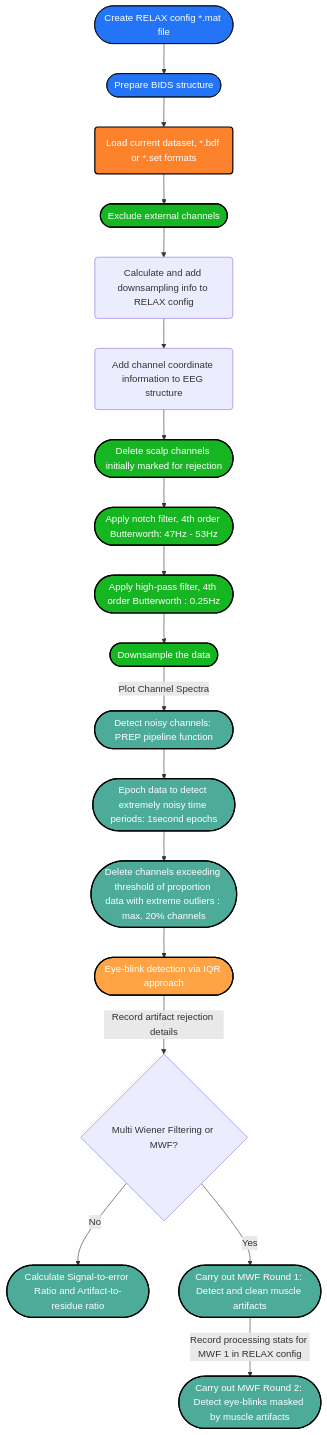
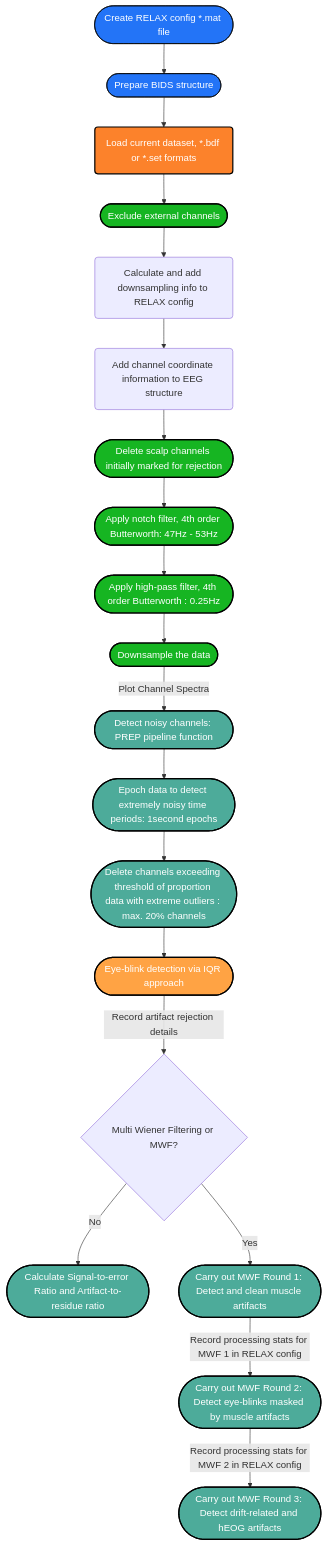
One commit to deebeebolger/Project_CeLaVie changed the diagram in Pipeline_Datafow_Chart.md. Above: the diagram before and after it, drawn with Mermaid.

````diff
--- a/Pipeline_Datafow_Chart.md
+++ b/Pipeline_Datafow_Chart.md
@@ -3,46 +3,47 @@
 ```mermaid
 flowchart TD
 %% Colors %%
 
 classDef blue fill:#2374f7, stroke:#000, stroke-width: px, color:#fff
 classDef orange fill:#fc822b,stroke:#000,stroke-width:2px,color:#fff
 classDef green fill:#16b522,stroke:#000,stroke-width:2px,color:#fff
 classDef mintgreen fill:#4DAB9A,stroke:#000,stroke-width:2px,color:#fff
 classDef mandarine fill:#FFA344,stroke:#000,stroke-width:2px,color:#fff
 classDef aubergine fill:#9A6DD7,stroke:#000,stroke-width:2px,color:#fff
 classDef red fill:#D44C47,stroke:#000,stroke-width:2px,color:#fff
 classDef grey fill:#979A9B,stroke:#000,stroke-width:2px,color:#fff
 
 
 Config([Create RELAX config *.mat file]):::blue -->
 BIDS([Prepare BIDS structure]):::blue
 click Config "https://github.com/deebeebolger/Project_CeLaVie/blob/main/DataflowChart_pages/Create_RELAX_conf_file.md" "Link"
 click BIDS "https://github.com/deebeebolger/Project_CeLaVie/blob/main/DataflowChart_pages/BIDS_structure.md" "Link"
 BIDS --> Ld(Load current dataset, *.bdf or *.set formats):::orange
 --> EXRej([Exclude external channels]):::green
 click EXRej "https://github.com/deebeebolger/Project_CeLaVie/blob/main/DataflowChart_pages/Exclude_external_chans.md" _blank
 EXRej --> AddRS(Calculate and add downsampling info to RELAX config)
 click AddRS "https://github.com/deebeebolger/Project_CeLaVie/blob/main/DataflowChart_pages/Downsampling.md" "Link"
 AddRS --> AddChan(Add channel coordinate information to EEG structure)
 click AddChan "https://github.com/deebeebolger/Project_CeLaVie/blob/main/DataflowChart_pages/Add_Channels_coordinates.md" "Link"
 AddChan --> ScalpRej([Delete scalp channels initially marked for rejection]):::green
 ScalpRej --> Notch([Apply notch filter, 4th order Butterworth: 47Hz - 53Hz]):::green
 Notch --> HPfilt([Apply high-pass filter, 4th order Butterworth : 0.25Hz]):::green
 HPfilt --> RSamp([Downsample the data]):::green
 click Notch "https://github.com/deebeebolger/Project_CeLaVie/blob/main/DataflowChart_pages/Filtering.md" "Link"
 click HPfilt "https://github.com/deebeebolger/Project_CeLaVie/blob/main/DataflowChart_pages/Filtering.md" "Link"
 RSamp -->|Plot Channel Spectra|Prep([Detect noisy channels: PREP pipeline function]):::mintgreen
 Prep --> EpClean([Epoch data to detect extremely noisy time periods: 1second epochs]):::mintgreen
 click Prep "https://github.com/deebeebolger/Project_CeLaVie/blob/main/DataflowChart_pages/BadChannelDetect_PREP.md" "Link"
 click EpClean "https://github.com/deebeebolger/Project_CeLaVie/blob/main/DataflowChart_pages/Bad_ChannelTime_Detect_MAD.md" "Link"
 EpClean --> DelChans([Delete channels exceeding threshold of proportion data with extreme outliers : max. 20% channels]):::mintgreen
 click DelChans "https://github.com/deebeebolger/Project_CeLaVie/blob/main/DataflowChart_pages/Bad_ChannelTime_Detect_MAD.md" "Link"
 DelChans --> Blink([Eye-blink detection via IQR approach]):::mandarine
 Blink -->|Record artifact rejection details|SerArrChoice{Multi Wiener Filtering or MWF?}
 click Blink "https://github.com/deebeebolger/Project_CeLaVie/blob/main/DataflowChart_pages/EyeBlink_detection.md" "Link"
 SerArrChoice -->|No|DoSerArr([Calculate Signal-to-error Ratio and Artifact-to-residue ratio]):::mintgreen
 SerArrChoice -->|Yes| MWF1([Carry out MWF Round 1: Detect and clean muscle artifacts]):::mintgreen
 MWF1 -->|Record processing stats for MWF 1 in RELAX config| MWF2([Carry out MWF Round 2: Detect eye-blinks masked by muscle artifacts]):::mintgreen;
 click MWF1 "https://github.com/deebeebolger/Project_CeLaVie/blob/main/DataflowChart_pages/Multichannel_WTF_round1.md" "Link"
+MWF2 --> |Record processing stats for MWF 2 in RELAX config| MWF3([Carry out MWF Round 3: Detect drift-related and hEOG artifacts]):::mintgreen
 click MWF2 "https://github.com/deebeebolger/Project_CeLaVie/blob/main/DataflowChart_pages/Multichannel_MWF_round2.md" "Link"
 ```
````
